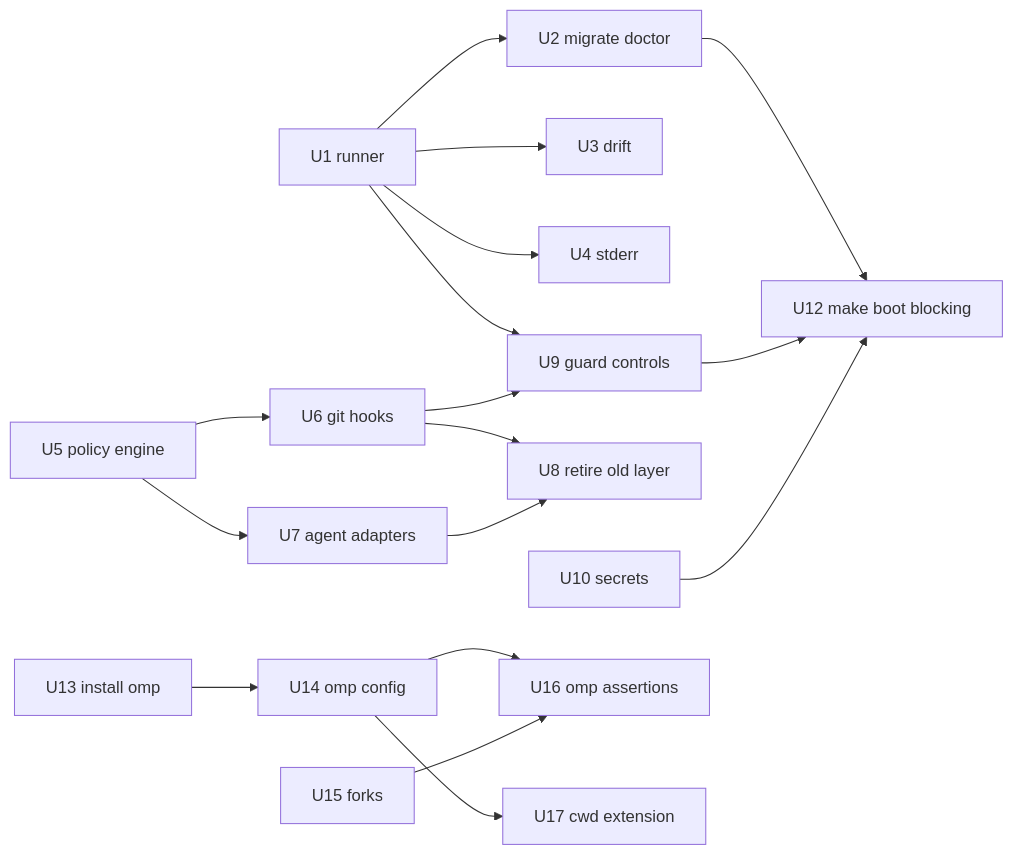
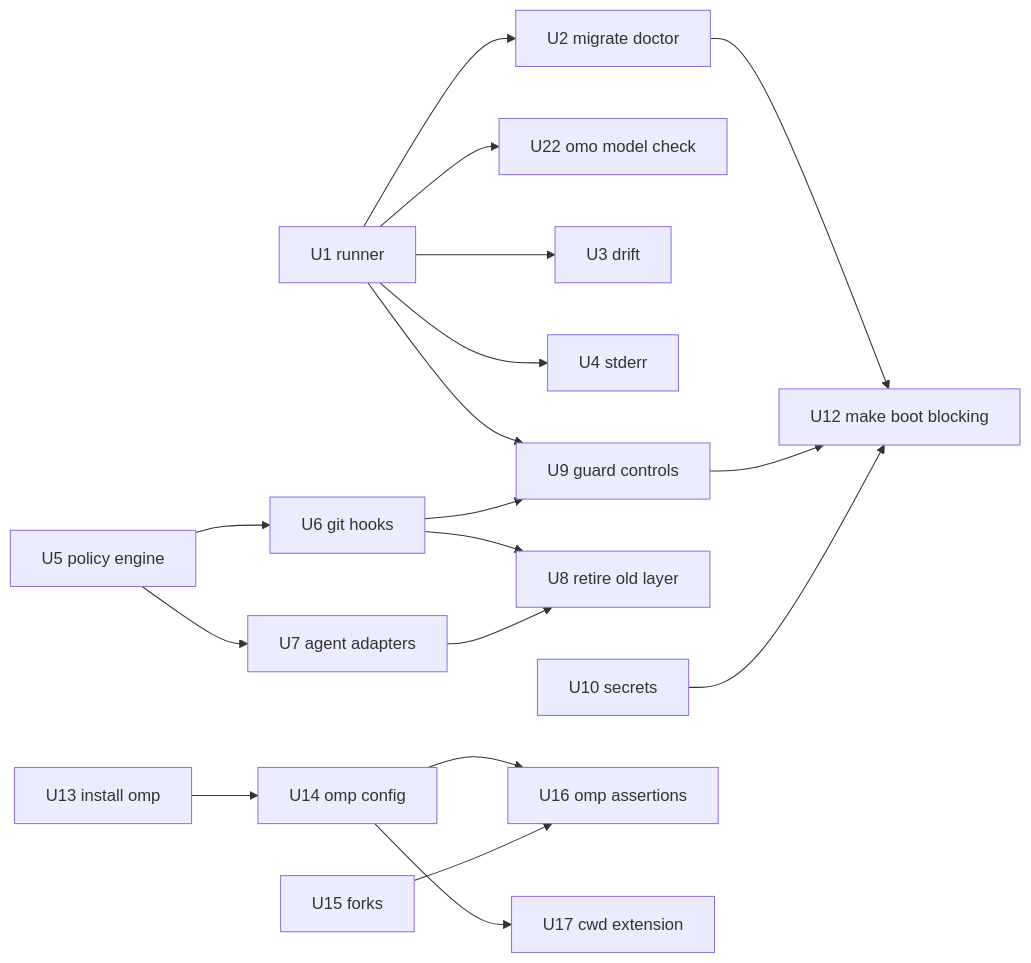
One commit to QuantumLove/dotfiles changed the third of 3 diagrams in docs/plans/2026-08-31-001-feat-mega-container-and-main-guards-plan.md. Above: the diagram before and after it, drawn with Mermaid. The commit also changed other lines of this file, not shown here.

````diff
--- a/docs/plans/2026-08-31-001-feat-mega-container-and-main-guards-plan.md
+++ b/docs/plans/2026-08-31-001-feat-mega-container-and-main-guards-plan.md
@@ -134,19 +134,20 @@
 ```mermaid
 flowchart LR
   U1["U1 runner"] --> U2["U2 migrate doctor"]
+  U1 --> U22["U22 omo model check"]
   U1 --> U3["U3 drift"]
   U1 --> U4["U4 stderr"]
   U1 --> U9["U9 guard controls"]
   U5["U5 policy engine"] --> U6["U6 git hooks"]
   U5 --> U7["U7 agent adapters"]
   U6 --> U8["U8 retire old layer"]
   U7 --> U8
   U6 --> U9
   U2 --> U12["U12 make boot blocking"]
   U9 --> U12
   U10["U10 secrets"] --> U12
   U13["U13 install omp"] --> U14["U14 omp config"]
   U14 --> U16["U16 omp assertions"]
   U15["U15 forks"] --> U16
   U14 --> U17["U17 cwd extension"]
 ```
````
